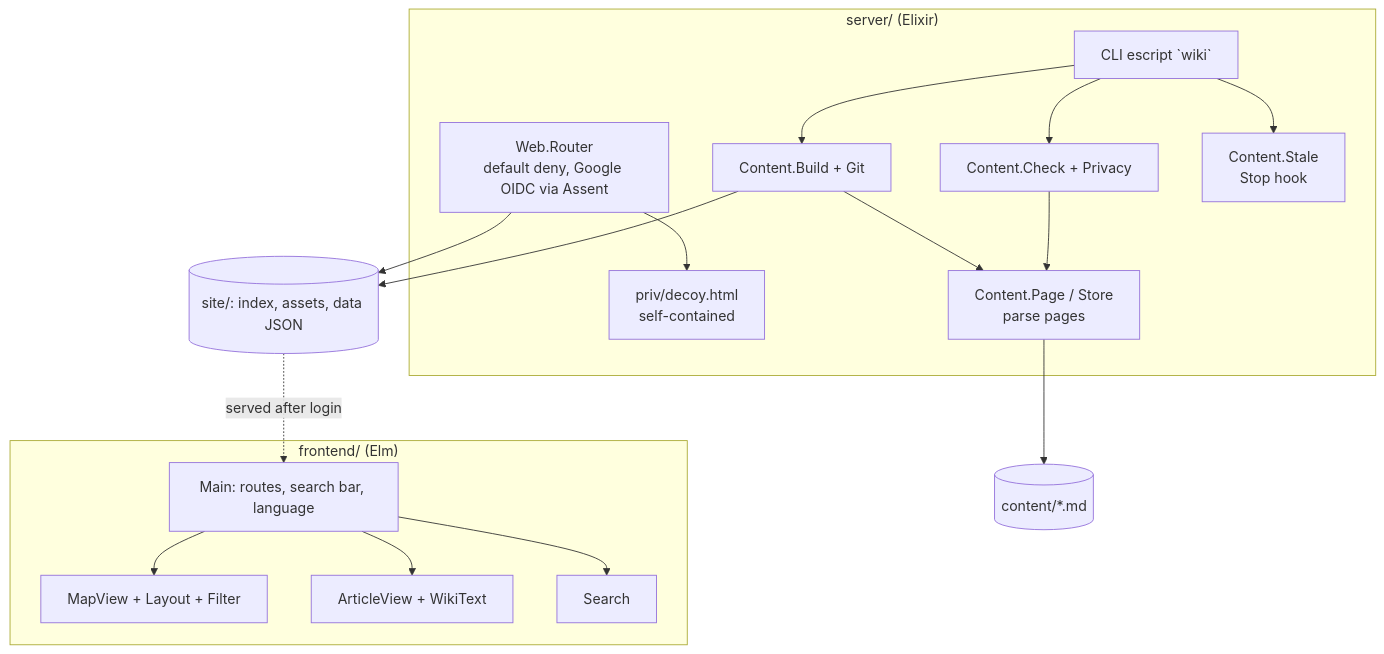
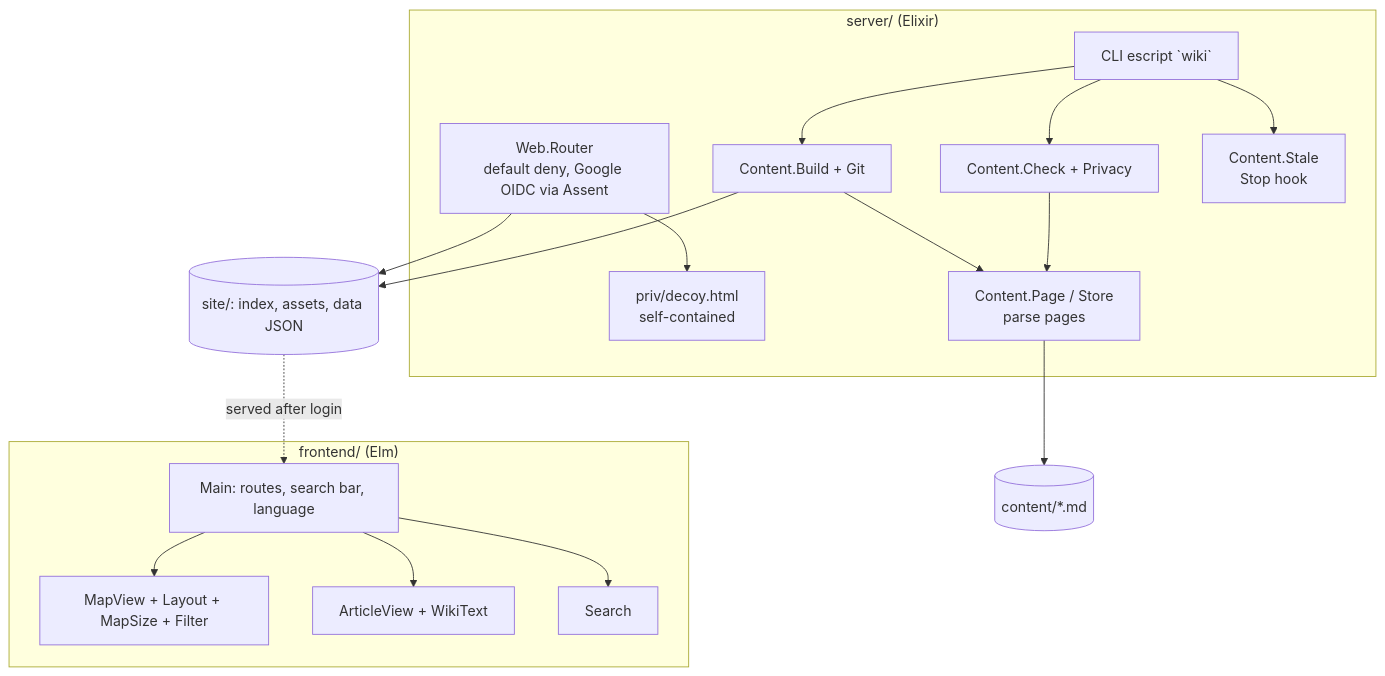
The second of 2 diagrams in DESIGN.md (yujideluca/wiki), drawn with Mermaid before and after one commit. The commit also changed other lines of this file and 13 other files, not shown here.

First line of the commit message:
Map: fills the free window height, quicker highlight, roomier layout (MP-5..MP-7)

````diff
--- a/DESIGN.md
+++ b/DESIGN.md
@@ -39,28 +39,28 @@
 ```mermaid
 flowchart TB
     subgraph server["server/ (Elixir)"]
         router[Web.Router<br/>default deny, Google OIDC via Assent]
         decoy[priv/decoy.html<br/>self-contained]
         content[Content.Page / Store<br/>parse pages]
         check[Content.Check + Privacy]
         build[Content.Build + Git]
         stale[Content.Stale<br/>Stop hook]
         cli[CLI escript `wiki`]
     end
     subgraph frontend["frontend/ (Elm)"]
         main[Main: routes, search bar, language]
-        mapv[MapView + Layout + Filter]
+        mapv[MapView + Layout + MapSize + Filter]
         art[ArticleView + WikiText]
         search[Search]
     end
     pages[(content/*.md)]
     site[(site/: index, assets, data JSON)]
     cli --> check --> content --> pages
     cli --> build --> content
     build --> site
     cli --> stale
     router --> decoy
     router --> site
     main --> mapv & art & search
     site -. served after login .-> main
 ```
````
